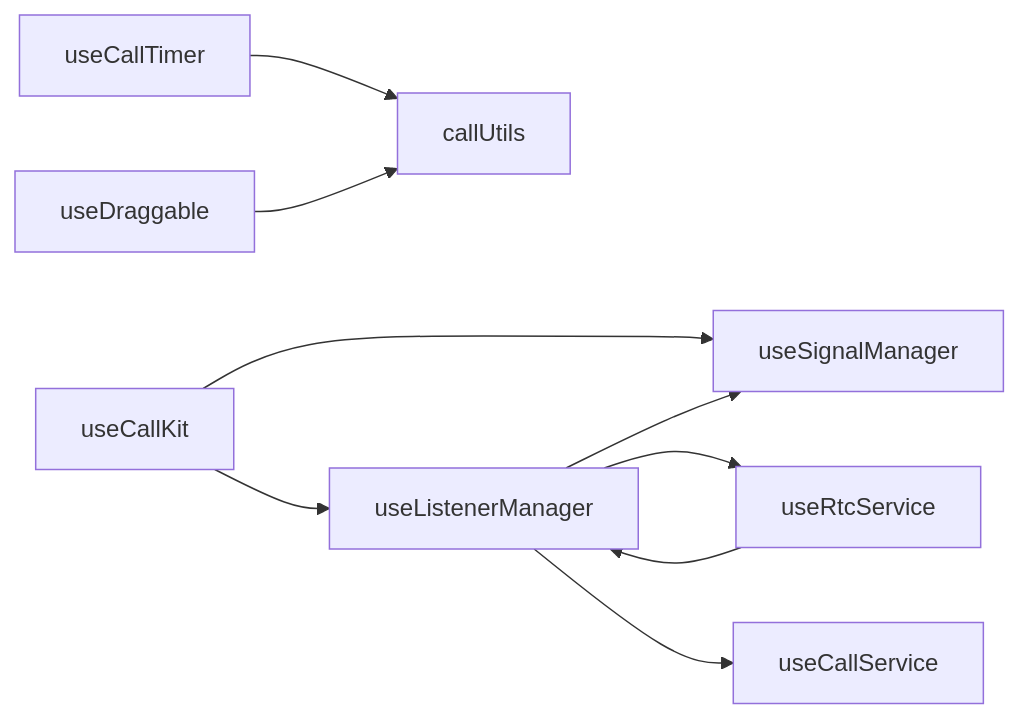
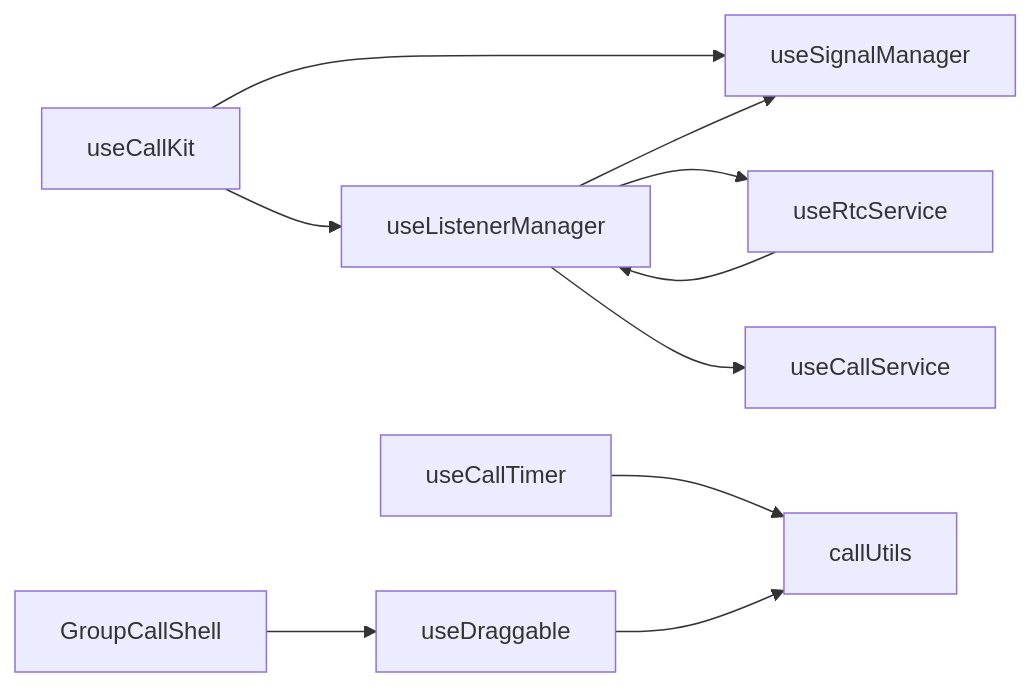
One commit to Easemob-Community/easemob-uikit-callkit-vue3 changed the fifth of 5 diagrams in .qoder/repowiki/zh/content/组合式 API/工具类组合式函数.md. Above: the diagram before and after it, drawn with Mermaid. The commit also changed other lines of this file and 54 other files, not shown here.

````diff
--- a/.qoder/repowiki/zh/content/组合式 API/工具类组合式函数.md
+++ b/.qoder/repowiki/zh/content/组合式 API/工具类组合式函数.md
@@ -279,11 +328,12 @@
 ```mermaid
 graph LR
 CT["useCallTimer"] --> CU["callUtils"]
 DG["useDraggable"] --> CU
 CK["useCallKit"] --> SM["useSignalManager"]
 CK --> LM["useListenerManager"]
 LM --> SM
 LM --> RS["useRtcService"]
 LM --> CS["useCallService"]
 RS --> LM
+GCS["GroupCallShell"] --> DG
 ```
````
